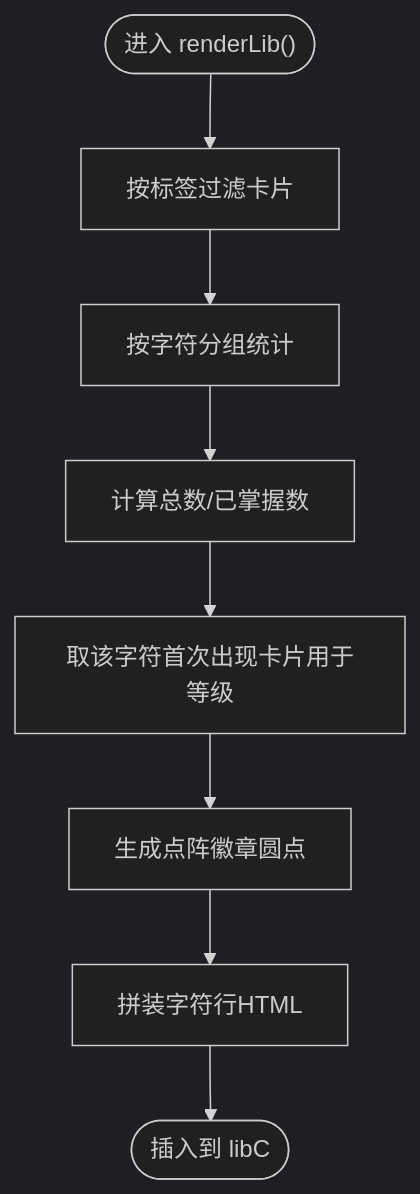
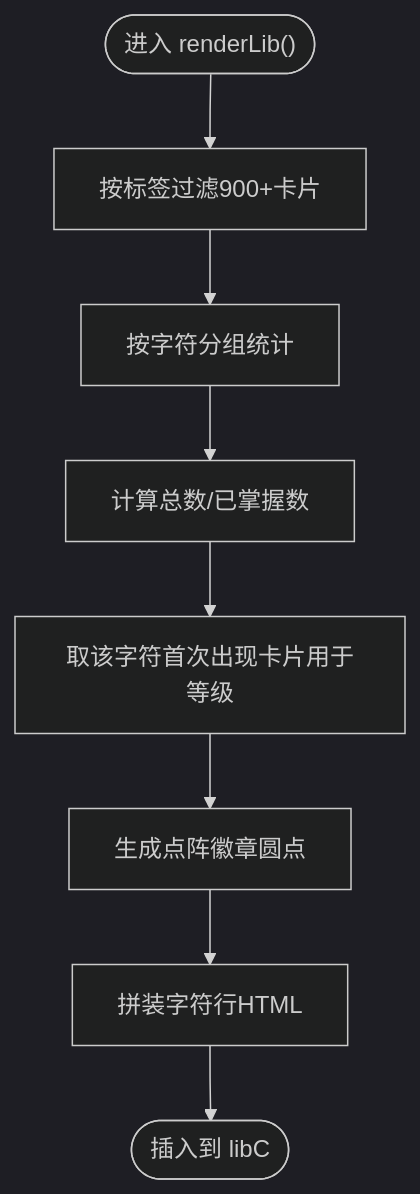
One commit to lukefun/wenyanbai-demo-v2 changed the third of 6 diagrams in .qoder/repowiki/zh/content/核心功能/词库浏览.md. Above: the diagram before and after it, drawn with Mermaid (dark theme). The commit also changed other lines of this file and 6 other files, not shown here.

````diff
--- a/.qoder/repowiki/zh/content/核心功能/词库浏览.md
+++ b/.qoder/repowiki/zh/content/核心功能/词库浏览.md
@@ -112,10 +126,10 @@
 ```mermaid
 flowchart TD
-Start(["进入 renderLib()"]) --> Filter["按标签过滤卡片"]
+Start(["进入 renderLib()"]) --> Filter["按标签过滤900+卡片"]
 Filter --> Group["按字符分组统计"]
 Group --> Calc["计算总数/已掌握数"]
 Calc --> First["取该字符首次出现卡片用于等级"]
 First --> Badge["生成点阵徽章圆点"]
 Badge --> Row["拼装字符行HTML"]
 Row --> End(["插入到 libC"])
 ```
````
